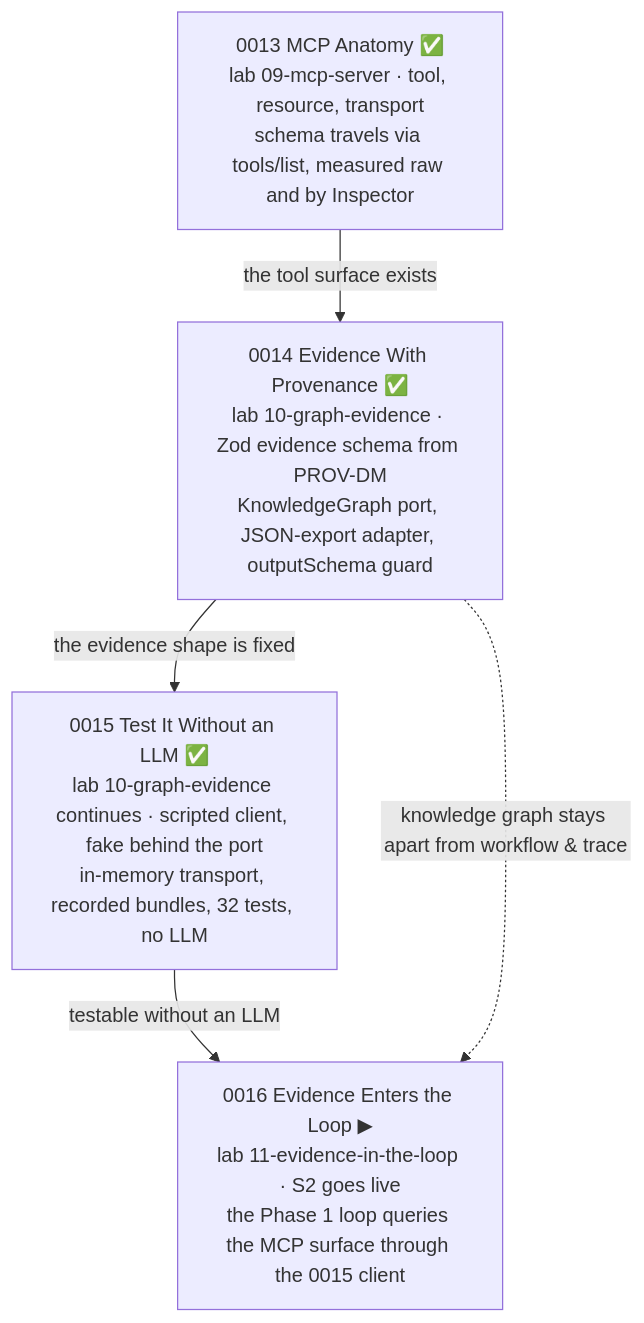
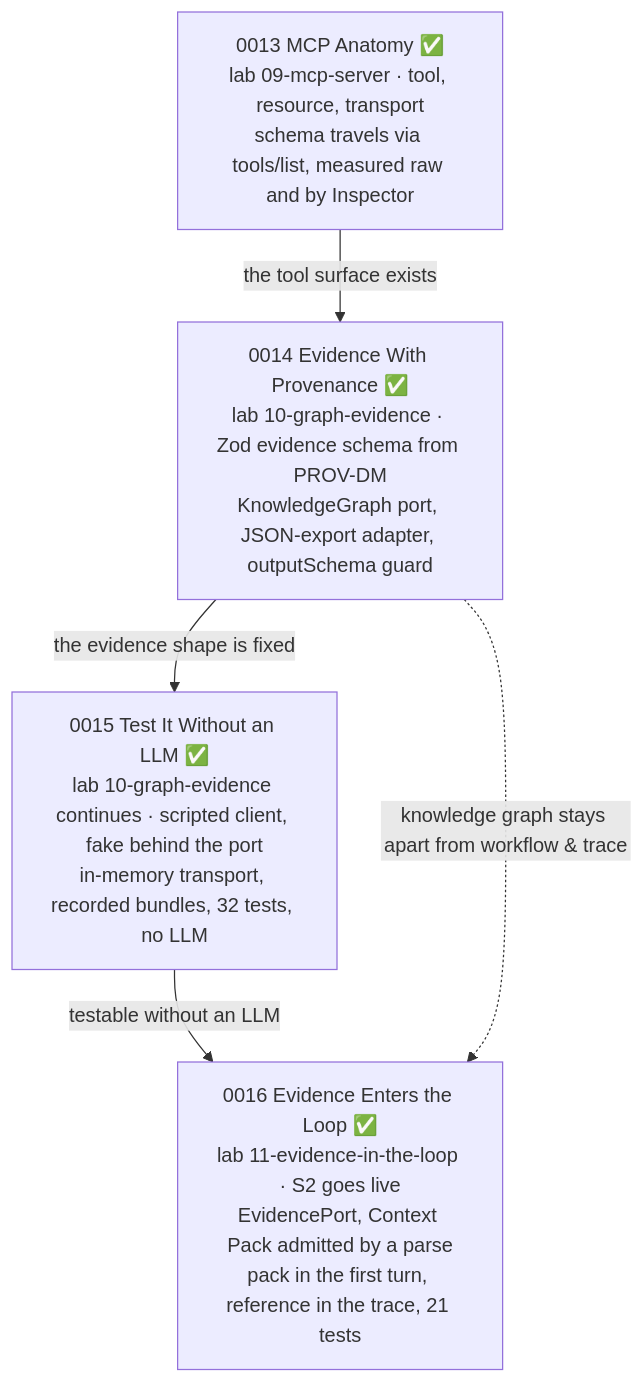
One commit to JozsefKiss90/TS changed the fourth of 5 diagrams in wiki/course/course-module-graph.md. Above: the diagram before and after it, drawn with Mermaid. The commit also changed other lines of this file and 27 other files, not shown here.

First line of the commit message:
Ship lesson 0016 - Evidence Enters the Loop; lab 11-evidence-in-the-loop; Phase 2 complete

````diff
--- a/wiki/course/course-module-graph.md
+++ b/wiki/course/course-module-graph.md
@@ -77,11 +77,11 @@
 ```mermaid
 flowchart TD
     N13["0013 MCP Anatomy ✅<br/>lab 09-mcp-server · tool, resource, transport<br/>schema travels via tools/list, measured raw and by Inspector"]
     N14["0014 Evidence With Provenance ✅<br/>lab 10-graph-evidence · Zod evidence schema from PROV-DM<br/>KnowledgeGraph port, JSON-export adapter, outputSchema guard"]
     N15["0015 Test It Without an LLM ✅<br/>lab 10-graph-evidence continues · scripted client, fake behind the port<br/>in-memory transport, recorded bundles, 32 tests, no LLM"]
-    N16["0016 Evidence Enters the Loop ▶<br/>lab 11-evidence-in-the-loop · S2 goes live<br/>the Phase 1 loop queries the MCP surface through the 0015 client"]
+    N16["0016 Evidence Enters the Loop ✅<br/>lab 11-evidence-in-the-loop · S2 goes live<br/>EvidencePort, Context Pack admitted by a parse<br/>pack in the first turn, reference in the trace, 21 tests"]
     N13 -->|"the tool surface exists"| N14
     N14 -->|"the evidence shape is fixed"| N15
     N15 -->|"testable without an LLM"| N16
     N14 -.->|"knowledge graph stays apart from workflow & trace"| N16
 ```
````
